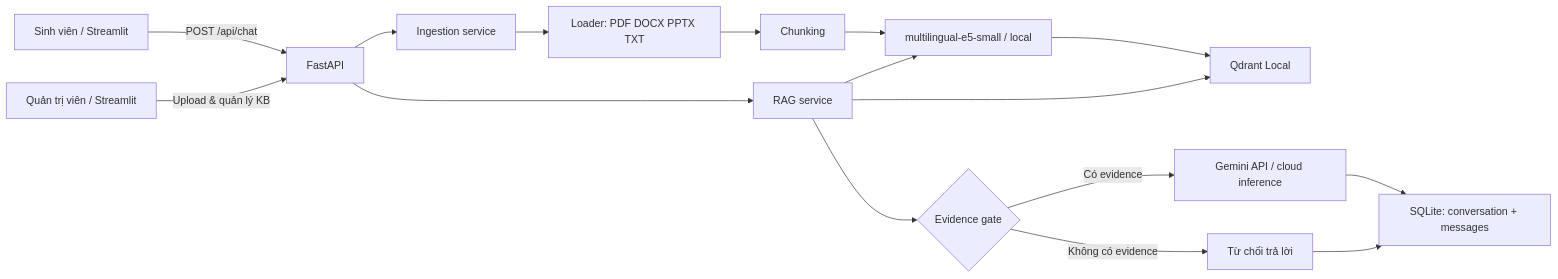
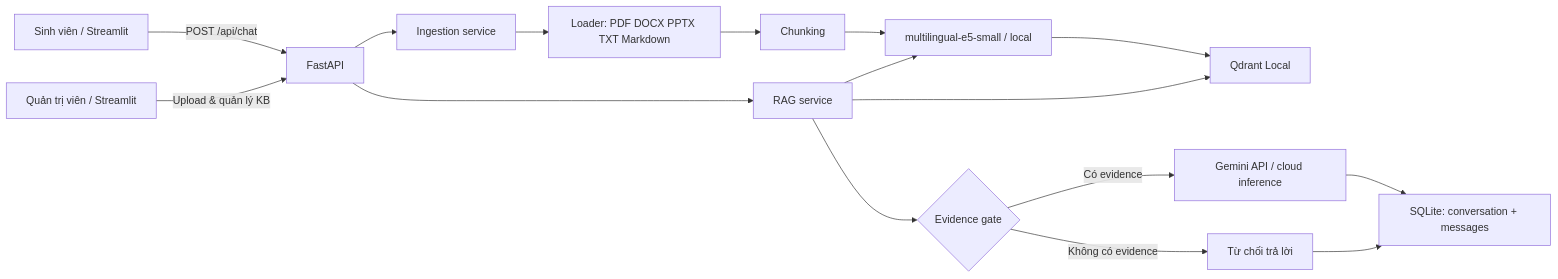
The diagram in README.md (nhivan2405/Lumen-Institute-Student-Handbook), drawn with Mermaid before and after one commit. The commit also changed other lines of this file and 11 other files, not shown here.

````diff
--- a/README.md
+++ b/README.md
@@ -20,18 +20,18 @@
 ```mermaid
 flowchart LR
     U["Sinh viên / Streamlit"] -->|"POST /api/chat"| API["FastAPI"]
     A["Quản trị viên / Streamlit"] -->|"Upload & quản lý KB"| API
     API --> I["Ingestion service"]
-    I --> L["Loader: PDF DOCX PPTX TXT"]
+    I --> L["Loader: PDF DOCX PPTX TXT Markdown"]
     L --> C["Chunking"]
     C --> E["multilingual-e5-small / local"]
     E --> Q["Qdrant Local"]
     API --> R["RAG service"]
     R --> E
     R --> Q
     R --> G{"Evidence gate"}
     G -->|"Có evidence"| M["Gemini API / cloud inference"]
     G -->|"Không có evidence"| X["Từ chối trả lời"]
     M --> H["SQLite: conversation + messages"]
     X --> H
 ```
````
